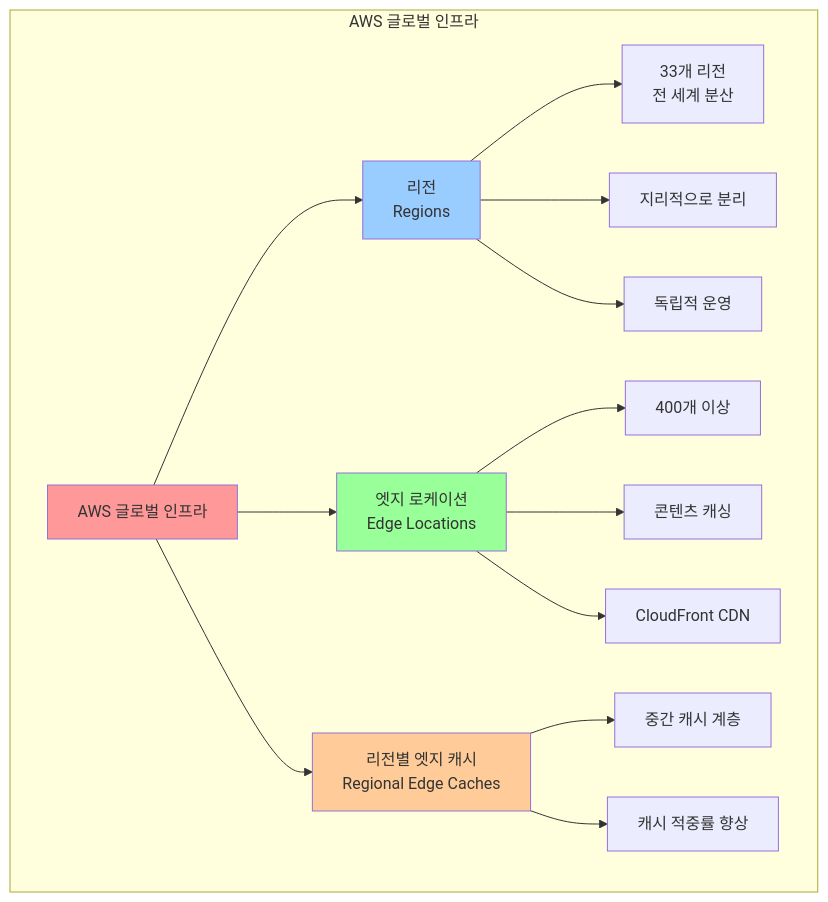
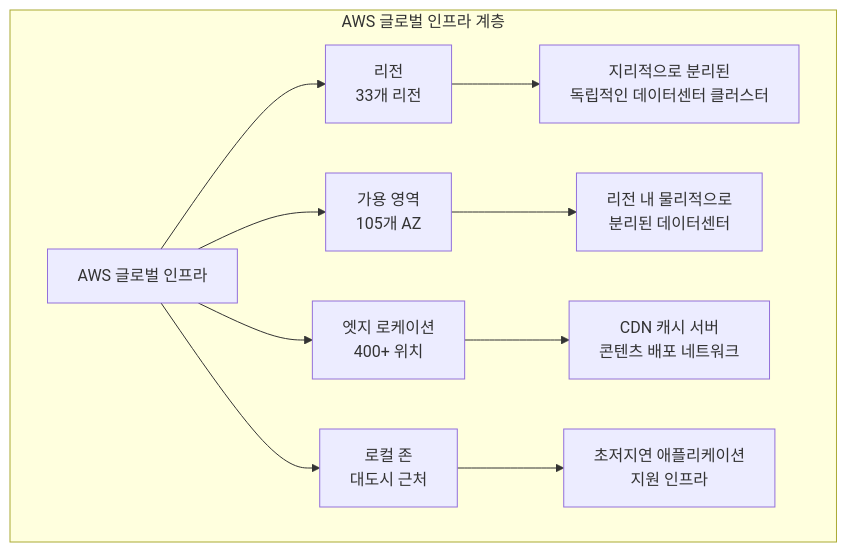
Before and after one commit to niceguy61/lecture_maker: the first of 10 diagrams in aws-saa-study-materials/week1/day1/visuals/aws-global-infrastructure.md, drawn with Mermaid. The commit also changed other lines of this file and 58 other files, not shown here.

````diff
--- a/aws-saa-study-materials/week1/day1/visuals/aws-global-infrastructure.md
+++ b/aws-saa-study-materials/week1/day1/visuals/aws-global-infrastructure.md
@@ -5,24 +5,14 @@
 ```mermaid
 graph TB
-    subgraph "AWS 글로벌 인프라"
-        A[AWS 글로벌 인프라] --> B[리전<br/>Regions]
-        A --> C[엣지 로케이션<br/>Edge Locations]
-        A --> D[리전별 엣지 캐시<br/>Regional Edge Caches]
+    subgraph "AWS 글로벌 인프라 계층"
+        A[AWS 글로벌 인프라] --> B[리전<br/>33개 리전]
+        A --> C[가용 영역<br/>105개 AZ]
+        A --> D[엣지 로케이션<br/>400+ 위치]
+        A --> E[로컬 존<br/>대도시 근처]
         
-        B --> B1[33개 리전<br/>전 세계 분산]
-        B --> B2[지리적으로 분리]
-        B --> B3[독립적 운영]
-        
-        C --> C1[400개 이상]
-        C --> C2[콘텐츠 캐싱]
-        C --> C3[CloudFront CDN]
-        
-        D --> D1[중간 캐시 계층]
-        D --> D2[캐시 적중률 향상]
+        B --> B1["지리적으로 분리된<br/>독립적인 데이터센터 클러스터"]
+        C --> C1["리전 내 물리적으로<br/>분리된 데이터센터"]
+        D --> D1["CDN 캐시 서버<br/>콘텐츠 배포 네트워크"]
+        E --> E1["초저지연 애플리케이션<br/>지원 인프라"]
     end
-    
-    style A fill:#ff9999
-    style B fill:#99ccff
-    style C fill:#99ff99
-    style D fill:#ffcc99
 ```
````
